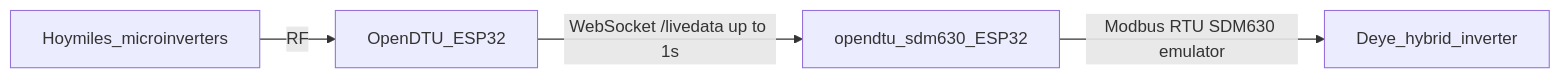
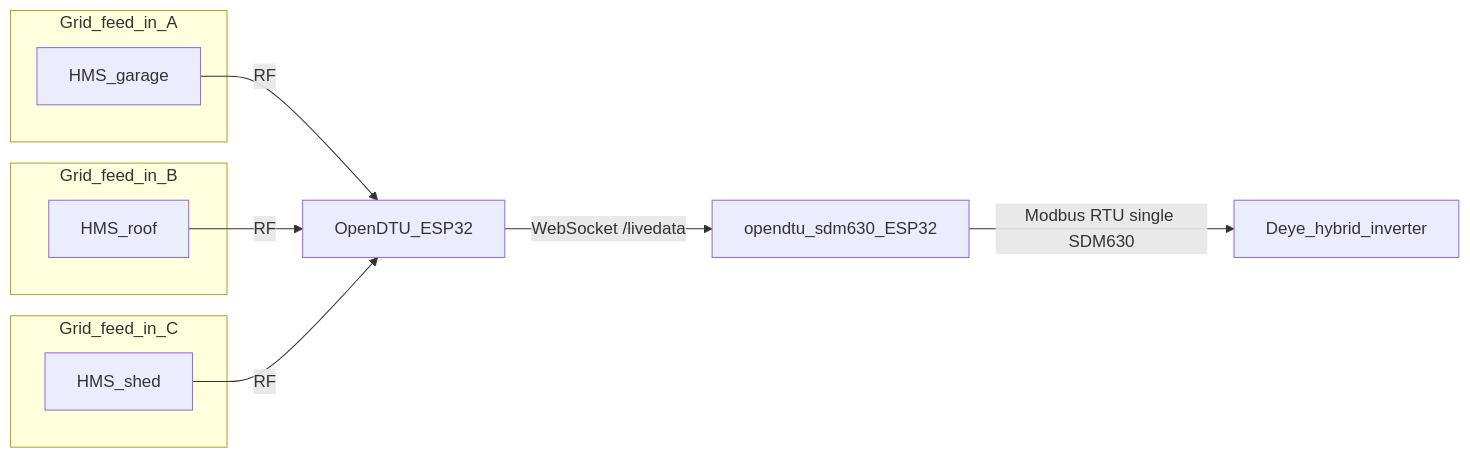
The first of 2 diagrams in README.md (Lewa-Reka/esphome-opendtu-to-sdm630), drawn with Mermaid before and after one commit. The commit also changed other lines of this file, not shown here.

Commit message:
docs: add info about slave addresses for Deye

````diff
--- a/README.md
+++ b/README.md
@@ -46,6 +63,20 @@
 ```mermaid
 flowchart LR
-  mi[Hoymiles_microinverters] -->|RF| odtu[OpenDTU_ESP32]
-  odtu -->|"WebSocket /livedata up to 1s"| bridge[opendtu_sdm630_ESP32]
-  bridge -->|"Modbus RTU SDM630 emulator"| deye[Deye_hybrid_inverter]
+  subgraph feed_a [Grid_feed_in_A]
+    mi1[HMS_garage]
+  end
+  subgraph feed_b [Grid_feed_in_B]
+    mi2[HMS_roof]
+  end
+  subgraph feed_c [Grid_feed_in_C]
+    mi3[HMS_shed]
+  end
+  odtu[OpenDTU_ESP32]
+  bridge[opendtu_sdm630_ESP32]
+  deye[Deye_hybrid_inverter]
+  mi1 -->|RF| odtu
+  mi2 -->|RF| odtu
+  mi3 -->|RF| odtu
+  odtu -->|"WebSocket /livedata"| bridge
+  bridge -->|"Modbus RTU single SDM630"| deye
 ```
````
